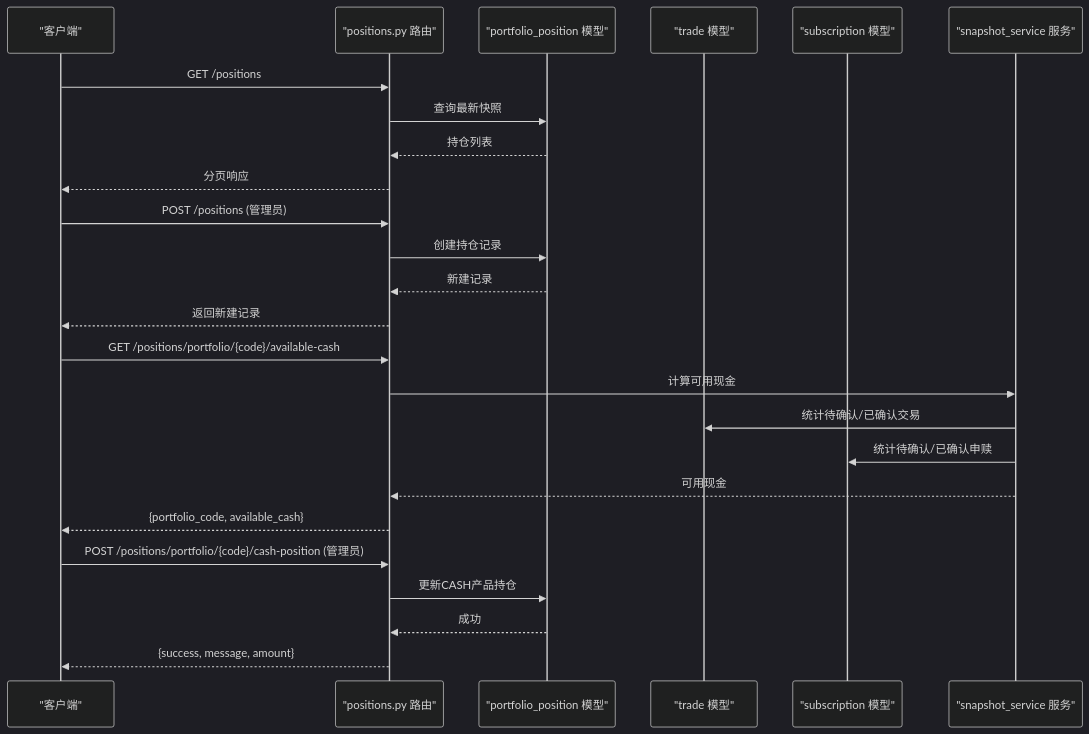
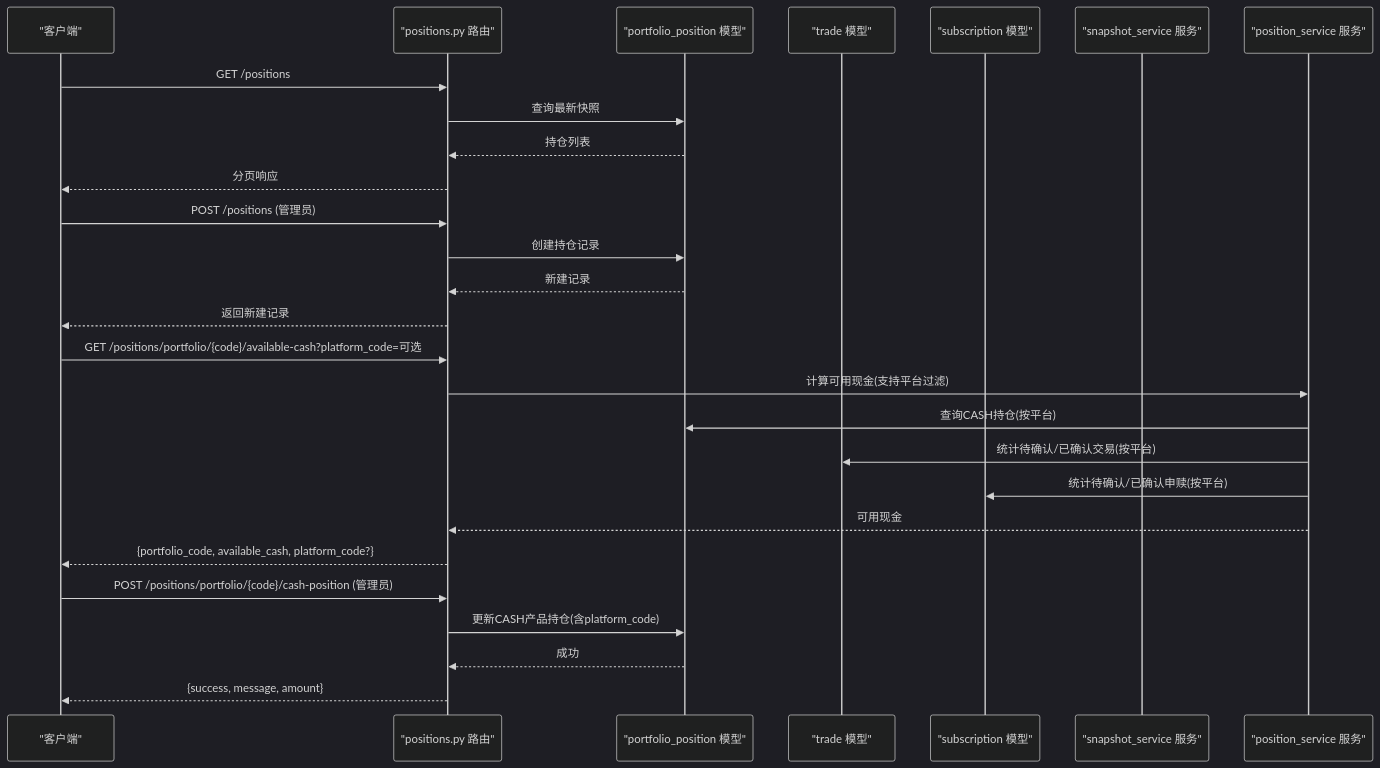
The second of 3 diagrams in .qoder/repowiki/zh/content/后端API文档/持仓管理API.md (gujialind/InvestRing), drawn with Mermaid (dark theme) before and after one commit. The commit also changed other lines of this file and 42 other files, not shown here.

````diff
--- a/.qoder/repowiki/zh/content/后端API文档/持仓管理API.md
+++ b/.qoder/repowiki/zh/content/后端API文档/持仓管理API.md
@@ -108,27 +112,29 @@
 ```mermaid
 sequenceDiagram
 participant Client as "客户端"
 participant Router as "positions.py 路由"
 participant Model as "portfolio_position 模型"
 participant Trade as "trade 模型"
 participant Sub as "subscription 模型"
 participant Snap as "snapshot_service 服务"
+participant PosSvc as "position_service 服务"
 Client->>Router : GET /positions
 Router->>Model : 查询最新快照
 Model-->>Router : 持仓列表
 Router-->>Client : 分页响应
 Client->>Router : POST /positions (管理员)
 Router->>Model : 创建持仓记录
 Model-->>Router : 新建记录
 Router-->>Client : 返回新建记录
-Client->>Router : GET /positions/portfolio/{code}/available-cash
-Router->>Snap : 计算可用现金
-Snap->>Trade : 统计待确认/已确认交易
-Snap->>Sub : 统计待确认/已确认申赎
-Snap-->>Router : 可用现金
-Router-->>Client : {portfolio_code, available_cash}
+Client->>Router : GET /positions/portfolio/{code}/available-cash?platform_code=可选
+Router->>PosSvc : 计算可用现金(支持平台过滤)
+PosSvc->>Model : 查询CASH持仓(按平台)
+PosSvc->>Trade : 统计待确认/已确认交易(按平台)
+PosSvc->>Sub : 统计待确认/已确认申赎(按平台)
+PosSvc-->>Router : 可用现金
+Router-->>Client : {portfolio_code, available_cash, platform_code?}
 Client->>Router : POST /positions/portfolio/{code}/cash-position (管理员)
-Router->>Model : 更新CASH产品持仓
+Router->>Model : 更新CASH产品持仓(含platform_code)
 Model-->>Router : 成功
 Router-->>Client : {success, message, amount}
 ```
````
